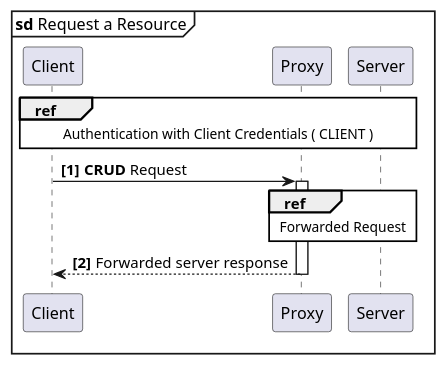
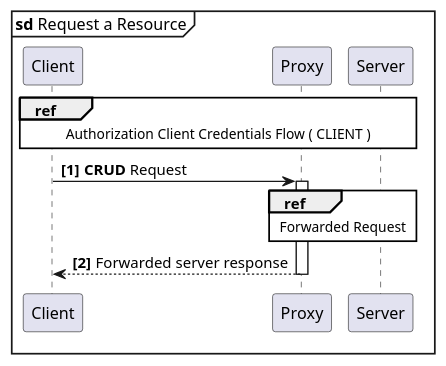
One commit to guddii/SEACT changed the diagram in docs/resources/diagrams/sd_Request_a_resource.puml. Above: the diagram before and after it, drawn with PlantUML. The commit also changed 11 other files, not shown here.

```diff
--- a/docs/resources/diagrams/sd_Request_a_resource.puml
+++ b/docs/resources/diagrams/sd_Request_a_resource.puml
@@ -1,17 +1,17 @@
 @startuml
 'https://plantuml.com/sequence-diagram
 
 skinparam sequenceReferenceBackgroundColor white
 
 autonumber 1 1 "<b>[0]"
 mainframe **sd** Request a Resource
 
 participant "Client" as Client
 participant "Proxy" as Proxy
 participant "Server" as Server
 
-ref over Client,Proxy, Server  : Authentication with Client Credentials ( CLIENT )
-Client  ->  Proxy   ++  : **CRUD** Request
-ref over Proxy, Server  : Forwarded Request
-Client  <-- Proxy   --  : Forwarded server response
+ref over Client,Proxy,Server    : Authorization Client Credentials Flow ( CLIENT )
+Client  ->  Proxy   ++          : **CRUD** Request
+ref over Proxy, Server          : Forwarded Request
+Client  <-- Proxy   --          : Forwarded server response
 @enduml
```
